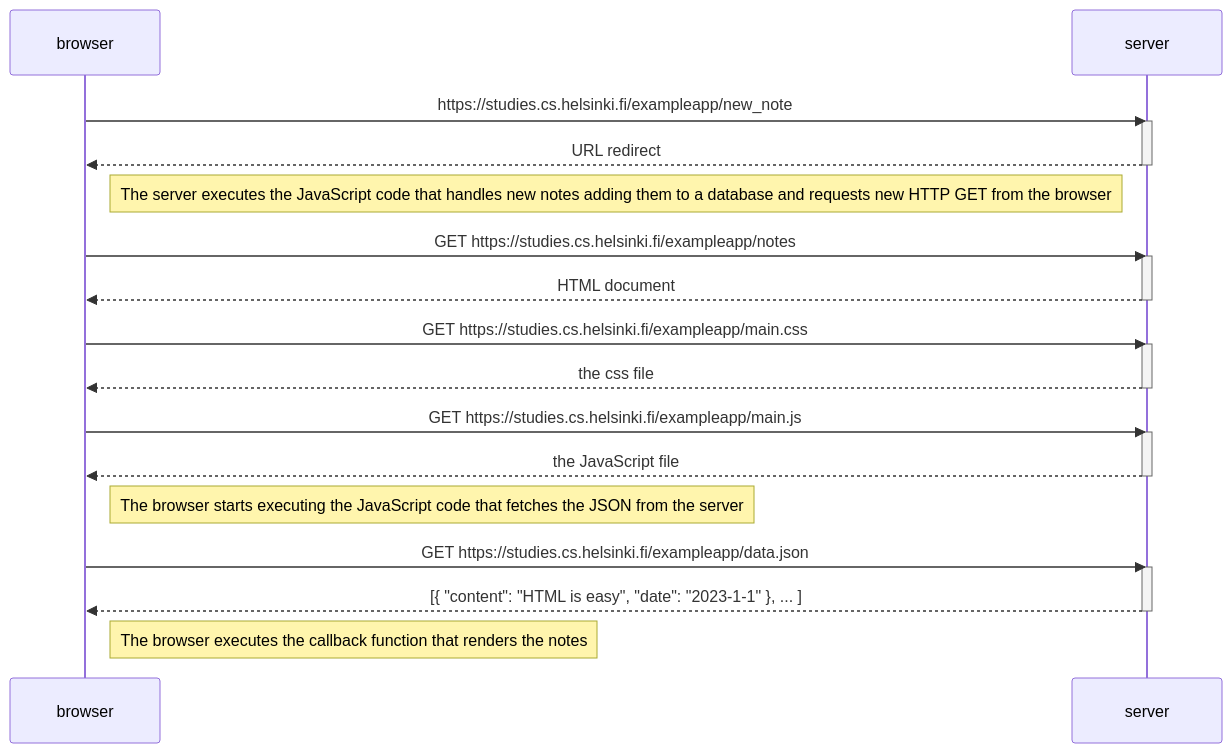
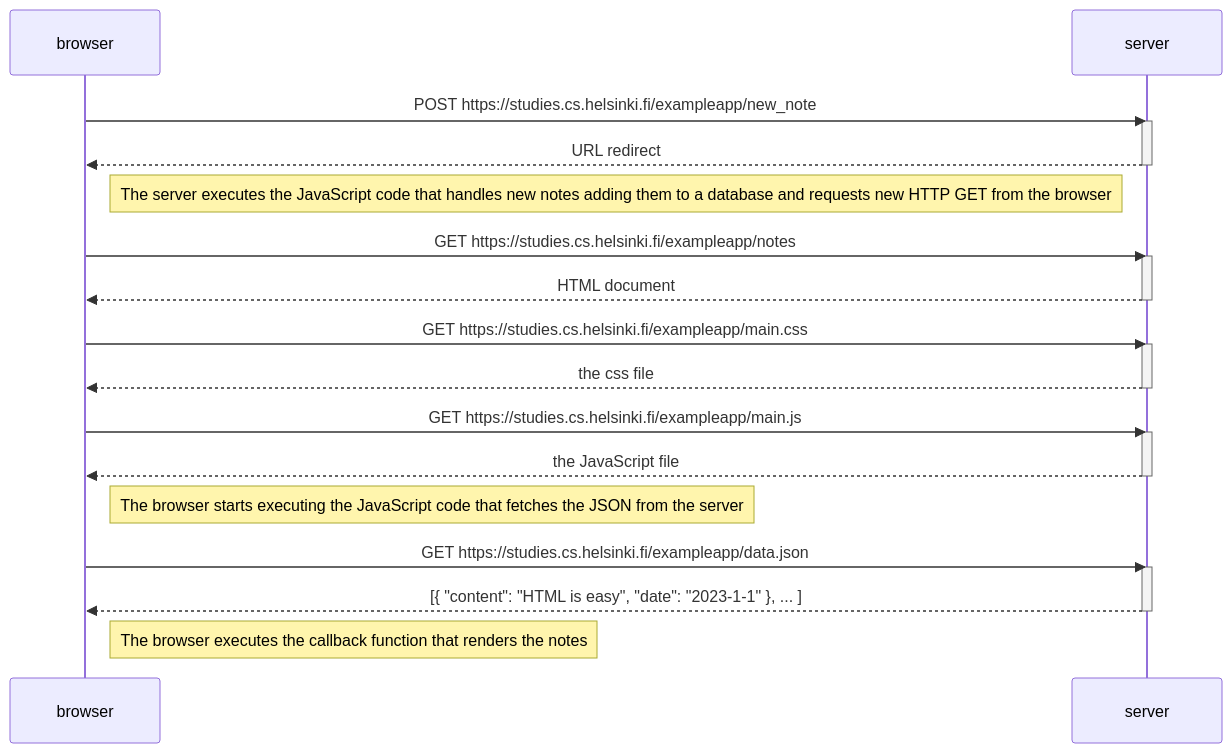
Before and after one commit to itaminoko/fullstackopen-: the diagram in part0/0.4: New note diagram.md, drawn with Mermaid.

Commit message:
Update 0.4: New note diagram.md

````diff
--- a/part0/0.4: New note diagram.md
+++ b/part0/0.4: New note diagram.md
@@ -1,42 +1,42 @@
 ```mermaid 
 sequenceDiagram
 
 participant browser
 participant server 
 
-browser->>server: https://studies.cs.helsinki.fi/exampleapp/new_note
+browser->>server: POST https://studies.cs.helsinki.fi/exampleapp/new_note
 activate server
 server-->>browser: URL redirect 
 deactivate server 
 
 Note left of server: The server executes the JavaScript code that handles new notes adding them to a database and requests new HTTP GET from the browser
 
 browser->>server: GET https://studies.cs.helsinki.fi/exampleapp/notes
 activate server
 server-->>browser: HTML document
 deactivate server
 
 browser->>server: GET https://studies.cs.helsinki.fi/exampleapp/main.css
 activate server
 server-->>browser: the css file
 deactivate server
 
 browser->>server: GET https://studies.cs.helsinki.fi/exampleapp/main.js
 activate server
 server-->>browser: the JavaScript file
 deactivate server
 
 Note right of browser: The browser starts executing the JavaScript code that fetches the JSON from the server
 
 browser->>server: GET https://studies.cs.helsinki.fi/exampleapp/data.json
 activate server
 server-->>browser: [{ "content": "HTML is easy", "date": "2023-1-1" }, ... ]
 deactivate server
 
 Note right of browser: The browser executes the callback function that renders the notes
 
 
 
 
 
 ```
````
